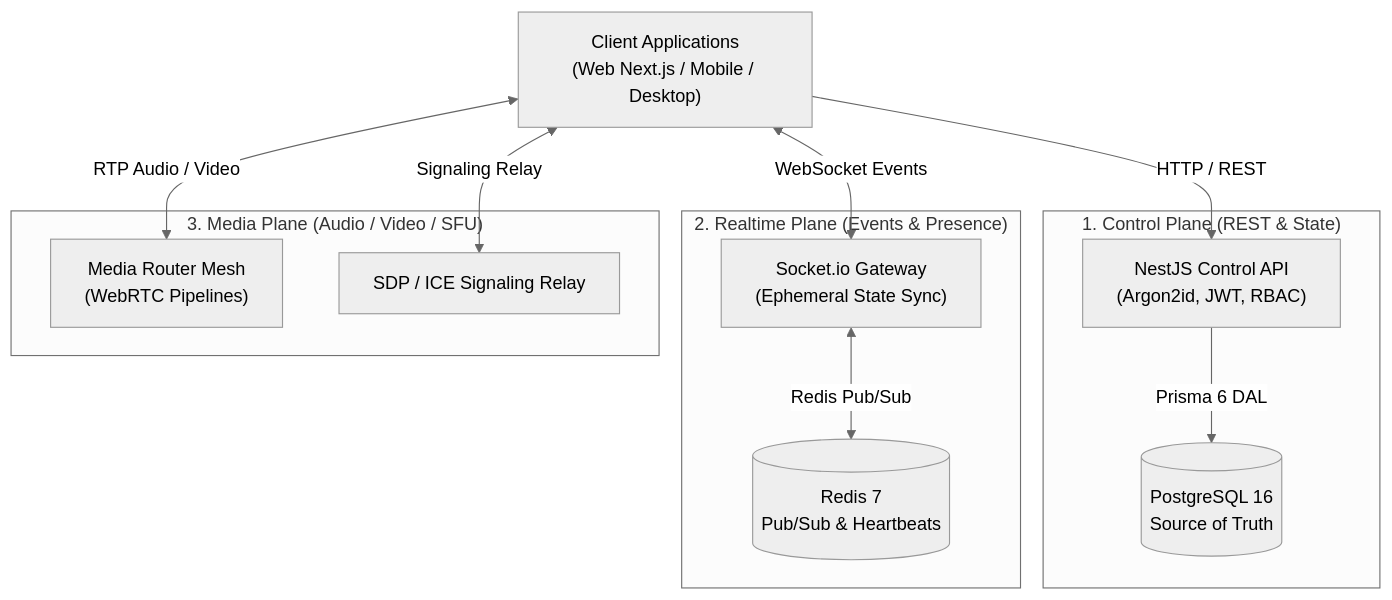
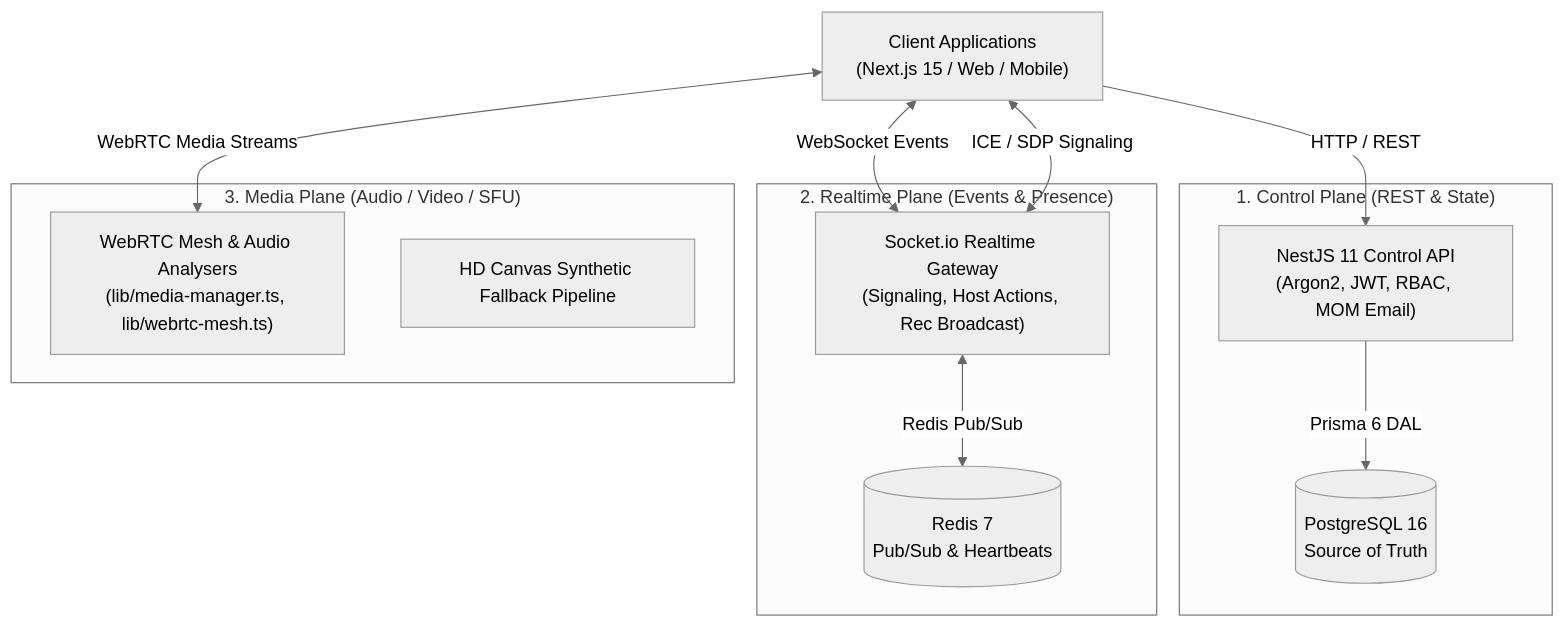
Before and after one commit to akshaykumar33/Mivo: the diagram in README.md, drawn with Mermaid (neutral theme). The commit also changed other lines of this file, not shown here.

Commit message:
docs: update README.md with comprehensive platform features, architecture, prompts, and modular testing suites

````diff
--- a/README.md
+++ b/README.md
@@ -54,26 +71,26 @@
 ```mermaid
 graph TD
-    Client["Client Applications<br/>(Web Next.js / Mobile / Desktop)"]
+    Client["Client Applications<br/>(Next.js 15 / Web / Mobile)"]
 
     subgraph ControlPlane ["1. Control Plane (REST & State)"]
-        API["NestJS Control API<br/>(Argon2id, JWT, RBAC)"]
+        API["NestJS 11 Control API<br/>(Argon2, JWT, RBAC, MOM Email)"]
         DB[("PostgreSQL 16<br/>Source of Truth")]
         API -->|Prisma 6 DAL| DB
     end
 
     subgraph RealtimePlane ["2. Realtime Plane (Events & Presence)"]
-        WS["Socket.io Gateway<br/>(Ephemeral State Sync)"]
+        WS["Socket.io Realtime Gateway<br/>(Signaling, Host Actions, Rec Broadcast)"]
         Redis[("Redis 7<br/>Pub/Sub & Heartbeats")]
         WS <-->|Redis Pub/Sub| Redis
     end
 
     subgraph MediaPlane ["3. Media Plane (Audio / Video / SFU)"]
-        SFU["Media Router Mesh<br/>(WebRTC Pipelines)"]
-        Signaling["SDP / ICE Signaling Relay"]
+        Mesh["WebRTC Mesh & Audio Analysers<br/>(lib/media-manager.ts, lib/webrtc-mesh.ts)"]
+        Canvas["HD Canvas Synthetic Fallback Pipeline"]
     end
 
     Client -->|HTTP / REST| API
     Client <-->|WebSocket Events| WS
-    Client <-->|Signaling Relay| Signaling
-    Client <-->|RTP Audio / Video| SFU
+    Client <-->|ICE / SDP Signaling| WS
+    Client <-->|WebRTC Media Streams| Mesh
 ```
````
